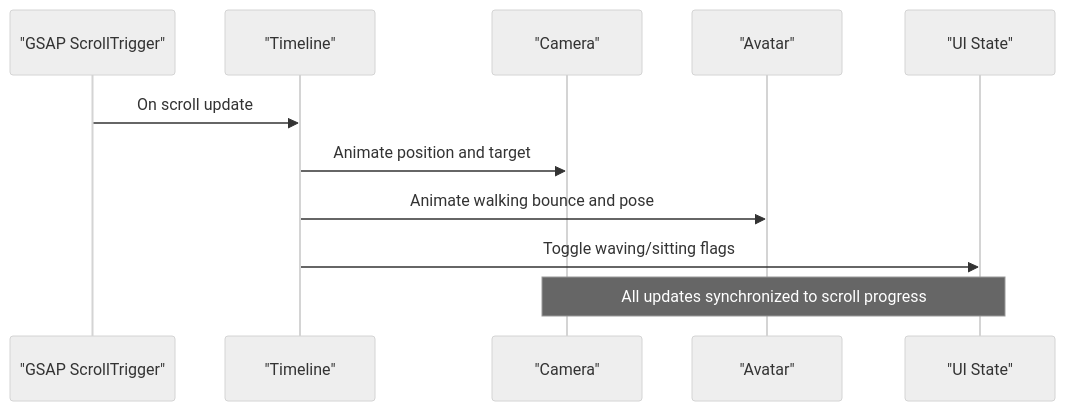
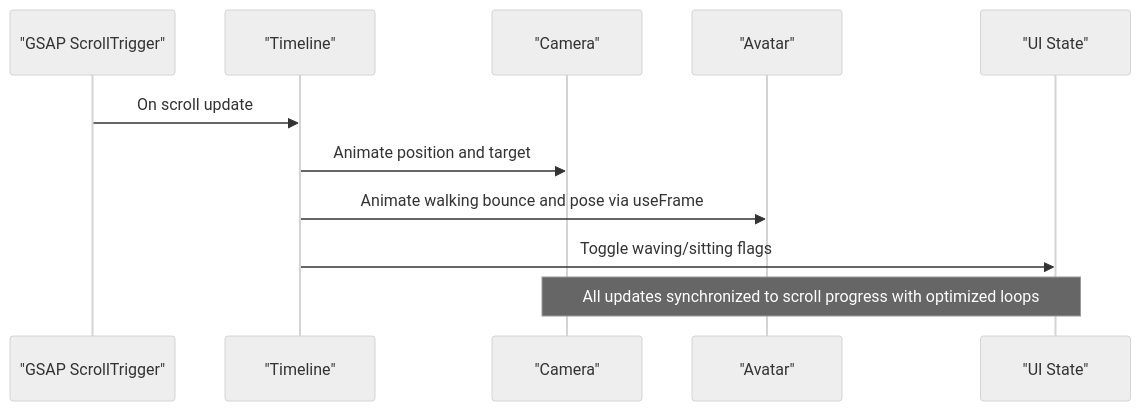
The fourth of 6 diagrams in .qoder/repowiki/en/content/Performance Optimization.md (emaanfatima312005-wq/emaan-portfolio), drawn with Mermaid (neutral theme) before and after one commit. The commit also changed other lines of this file and 59 other files, not shown here.

````diff
--- a/.qoder/repowiki/en/content/Performance Optimization.md
+++ b/.qoder/repowiki/en/content/Performance Optimization.md
@@ -151,13 +166,13 @@
 ```mermaid
 sequenceDiagram
 participant ST as "GSAP ScrollTrigger"
 participant TL as "Timeline"
 participant Cam as "Camera"
 participant Av as "Avatar"
 participant UI as "UI State"
 ST->>TL : On scroll update
 TL->>Cam : Animate position and target
-TL->>Av : Animate walking bounce and pose
+TL->>Av : Animate walking bounce and pose via useFrame
 TL->>UI : Toggle waving/sitting flags
-Note over Cam,UI : All updates synchronized to scroll progress
+Note over Cam,UI : All updates synchronized to scroll progress with optimized loops
 ```
````
